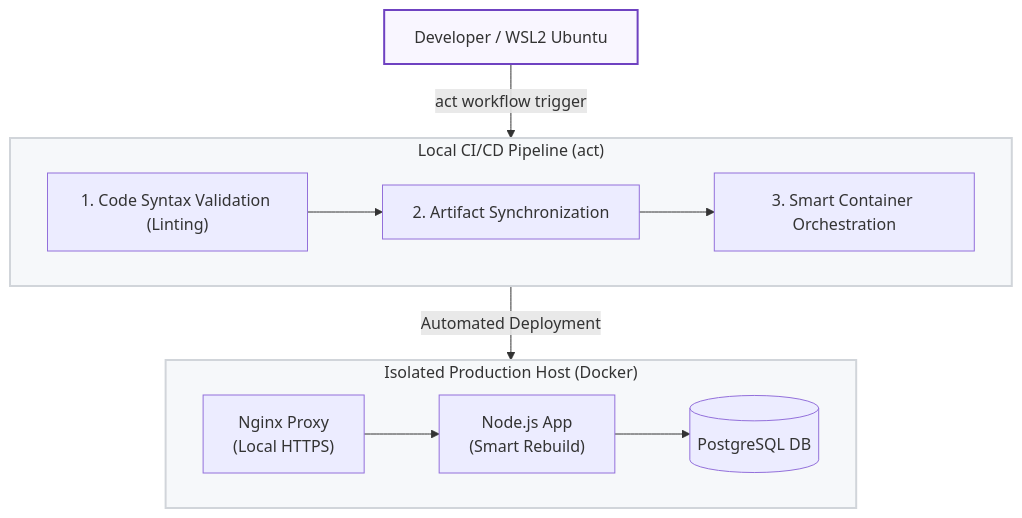
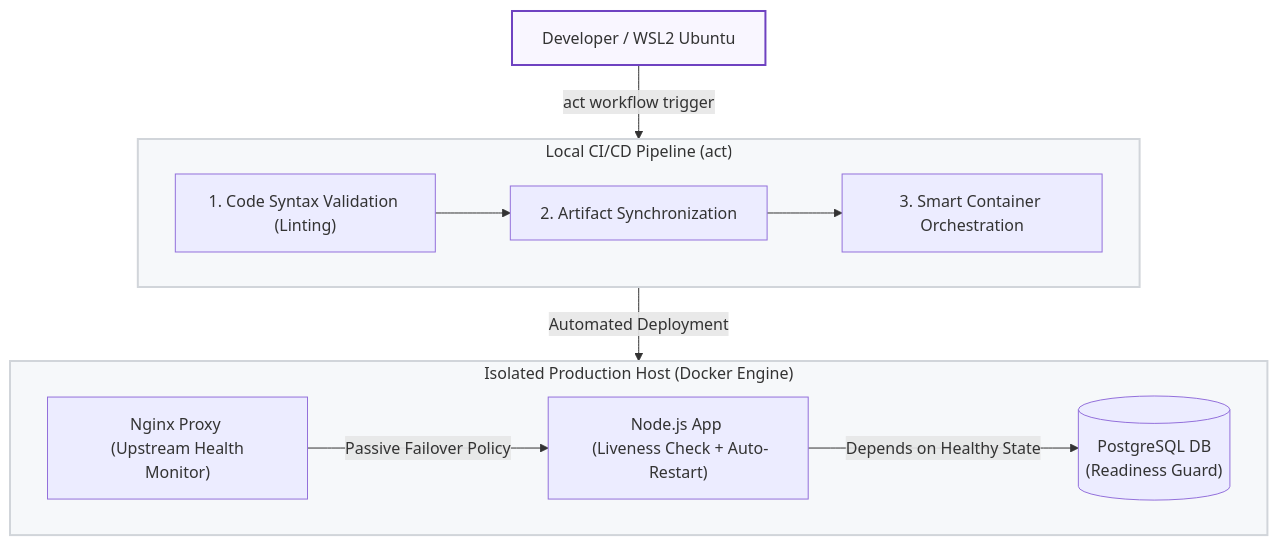
The diagram in README.md (aradea-dev/devops_gpstrack_server), drawn with Mermaid before and after one commit. The commit also changed other lines of this file, not shown here.

````diff
--- a/README.md
+++ b/README.md
@@ -13,31 +13,31 @@
 ```mermaid
 graph TB
     %% Nodes
     Dev["Developer / WSL2 Ubuntu"]
     
     subgraph Pipeline ["Local CI/CD Pipeline (act)"]
         Step1["1. Code Syntax Validation (Linting)"]
         Step2["2. Artifact Synchronization"]
         Step3["3. Smart Container Orchestration"]
         
         Step1 --> Step2 --> Step3
     end
 
-    subgraph Host ["Isolated Production Host (Docker)"]
-        Nginx["Nginx Proxy <br> (Local HTTPS)"]
-        App["Node.js App <br> (Smart Rebuild)"]
-        DB[("PostgreSQL DB")]
+    subgraph Host ["Isolated Production Host (Docker Engine)"]
+        Nginx["Nginx Proxy <br> (Upstream Health Monitor)"]
+        App["Node.js App <br> (Liveness Check + Auto-Restart)"]
+        DB[("PostgreSQL DB <br> (Readiness Guard)")]
         
-        Nginx --> App
-        App --> DB
+        Nginx -->|Passive Failover Policy| App
+        App -->|Depends on Healthy State| DB
     end
 
     %% Flows / Connections
     Dev -->|act workflow trigger| Pipeline
     Pipeline -->|Automated Deployment| Host
 
     %% Styling
     style Dev fill:#f9f6ff,stroke:#6f42c1,stroke-width:2px
     style Pipeline fill:#f6f8fa,stroke:#d1d5da,stroke-width:2px
     style Host fill:#f6f8fa,stroke:#d1d5da,stroke-width:2px
 ```
````
